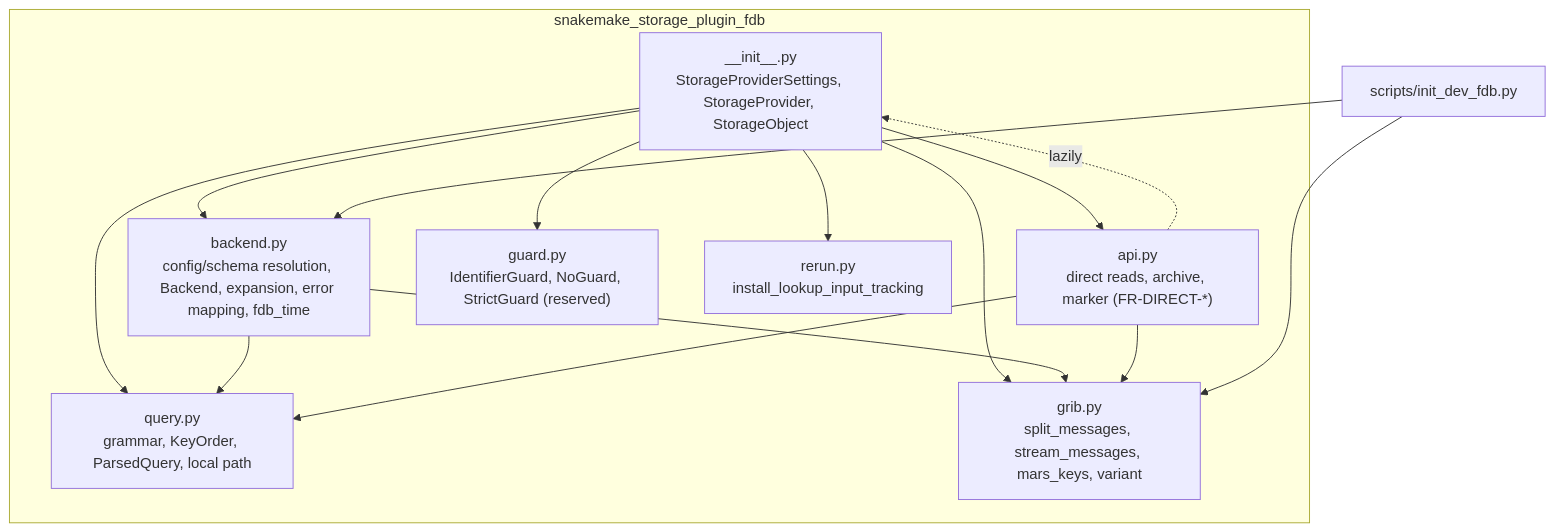
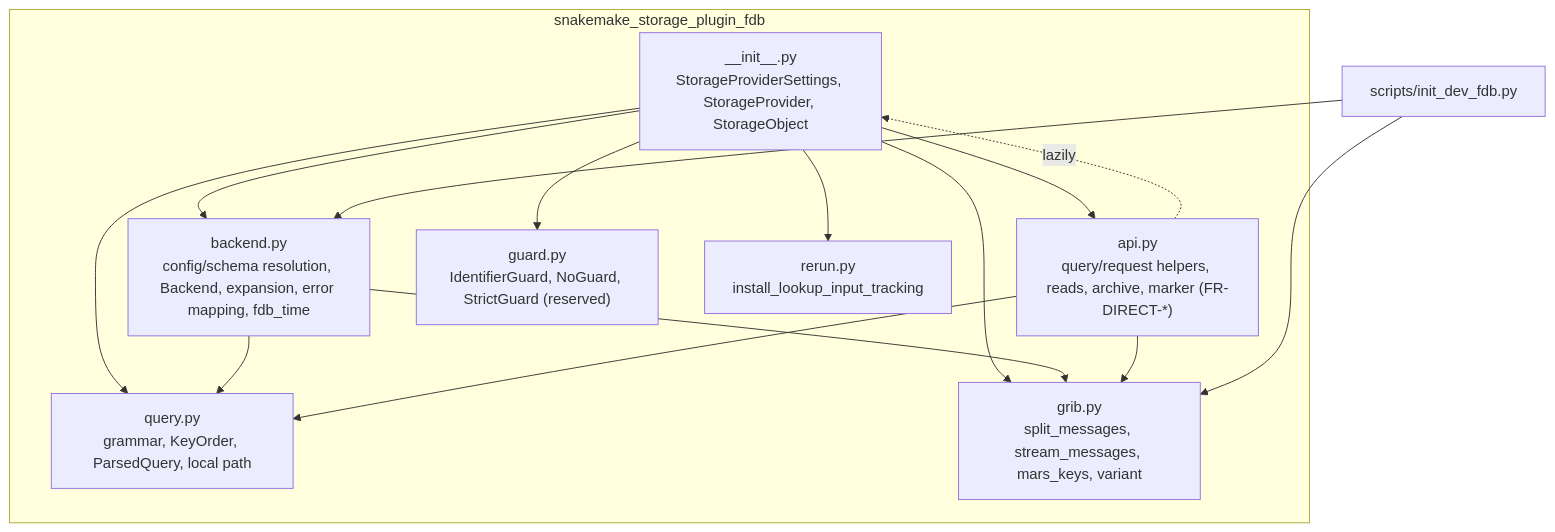
One commit to MeteoSwiss/snakemake-storage-plugin-fdb changed the second of 4 diagrams in docs/design/architecture.md. Above: the diagram before and after it, drawn with Mermaid. The commit also changed other lines of this file and 11 other files, not shown here.

````diff
--- a/docs/design/architecture.md
+++ b/docs/design/architecture.md
@@ -98,25 +99,25 @@
 ```mermaid
 flowchart TB
     subgraph package [snakemake_storage_plugin_fdb]
         init["__init__.py<br/>StorageProviderSettings, StorageProvider, StorageObject"]
         query["query.py<br/>grammar, KeyOrder, ParsedQuery, local path"]
         backend["backend.py<br/>config/schema resolution, Backend, expansion, error mapping, fdb_time"]
         grib["grib.py<br/>split_messages, stream_messages, mars_keys, variant"]
-        apimod["api.py<br/>direct reads, archive, marker (FR-DIRECT-*)"]
+        apimod["api.py<br/>query/request helpers, reads, archive, marker (FR-DIRECT-*)"]
         guard["guard.py<br/>IdentifierGuard, NoGuard, StrictGuard (reserved)"]
         rerun["rerun.py<br/>install_lookup_input_tracking"]
     end
     init --> apimod
     init --> query
     init --> backend
     init --> grib
     init --> guard
     init --> rerun
     backend --> query
     backend --> grib
     apimod --> query
     apimod --> grib
     apimod -. lazily .-> init
     scripts["scripts/init_dev_fdb.py"] --> backend
     scripts --> grib
 ```
````
